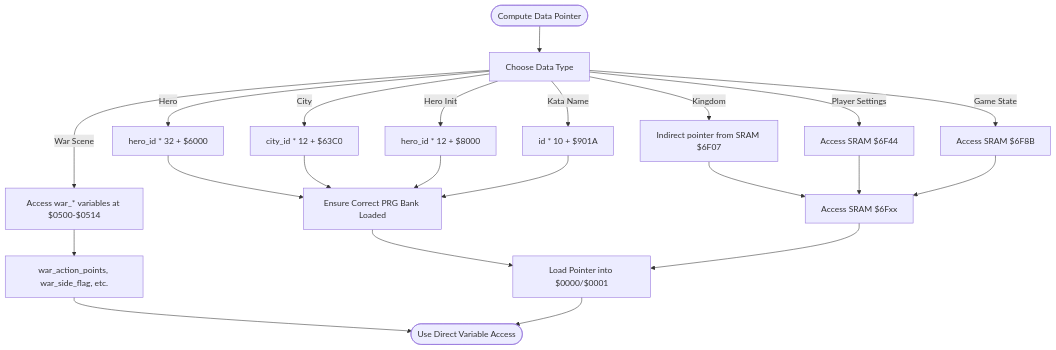
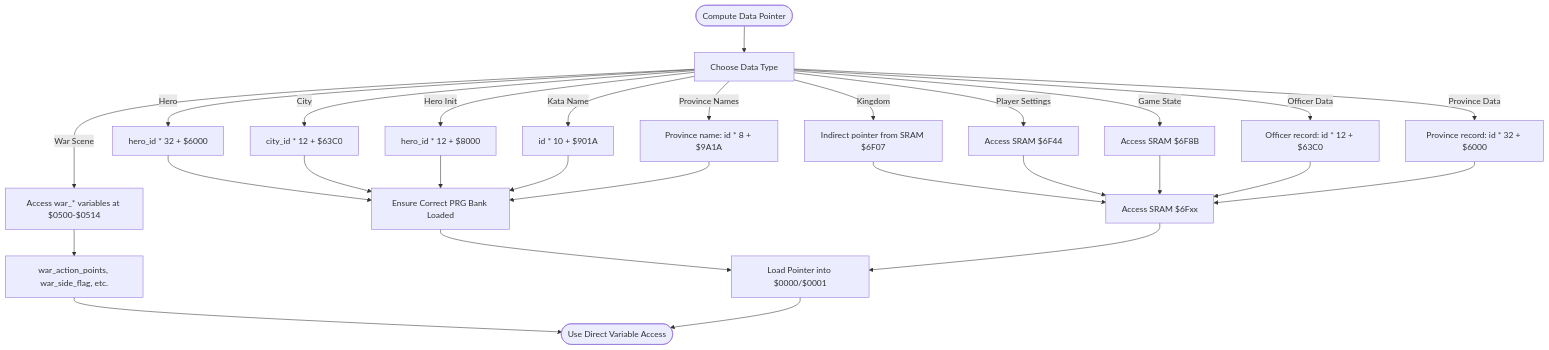
Before and after one commit to rabbyzero/sango2dasm: the third of 15 diagrams in .qoder/repowiki/en/content/Data Access and Memory Management/Data Access and Memory Management.md, drawn with Mermaid. The commit also changed other lines of this file and 7 other files, not shown here.

````diff
--- a/.qoder/repowiki/en/content/Data Access and Memory Management/Data Access and Memory Management.md
+++ b/.qoder/repowiki/en/content/Data Access and Memory Management/Data Access and Memory Management.md
@@ -206,24 +227,30 @@
 ```mermaid
 flowchart TD
 Start(["Compute Data Pointer"]) --> Choose["Choose Data Type"]
 Choose --> |Hero| Hero["hero_id * 32 + $6000"]
 Choose --> |City| City["city_id * 12 + $63C0"]
 Choose --> |Hero Init| Init["hero_id * 12 + $8000"]
 Choose --> |Kata Name| Kata["id * 10 + $901A"]
 Choose --> |Kingdom| KPtr["Indirect pointer from SRAM $6F07"]
 Choose --> |War Scene| WarScene["Access war_* variables at $0500-$0514"]
 Choose --> |Player Settings| PSettings["Access SRAM $6F44"]
 Choose --> |Game State| GState["Access SRAM $6F8B"]
+Choose --> |Officer Data| Officer["Officer record: id * 12 + $63C0"]
+Choose --> |Province Data| Province["Province record: id * 32 + $6000"]
+Choose --> |Province Names| ProvNames["Province name: id * 8 + $9A1A"]
 Hero --> BankSel["Ensure Correct PRG Bank Loaded"]
 City --> BankSel
 Init --> BankSel
 Kata --> BankSel
 KPtr --> SRAM["Access SRAM $6Fxx"]
 WarScene --> WarVars["war_action_points, war_side_flag, etc."]
 PSettings --> SRAM
 GState --> SRAM
+Officer --> SRAM
+Province --> SRAM
+ProvNames --> BankSel
 BankSel --> Indirect["Load Pointer into $0000/$0001"]
 SRAM --> Indirect
 WarVars --> End(["Use Direct Variable Access"])
 Indirect --> End
 ```
````
